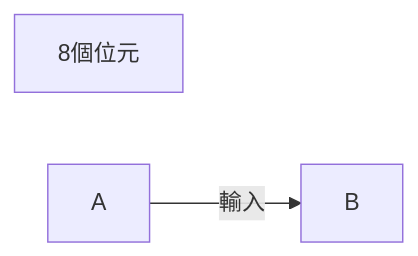
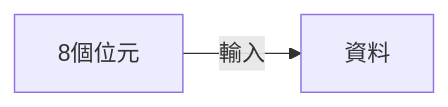
The second of 2 diagrams in 未處理/處理中/LENGTH.md (kuku0508/kuku_note_ver_2), drawn with Mermaid before and after one commit.

Commit message:
vault backup: 2025-08-05 01:15:30

````diff
--- a/未處理/處理中/LENGTH.md
+++ b/未處理/處理中/LENGTH.md
@@ -23,5 +23,6 @@
 ```mermaid
 flowchart LR
+A@{shape:square,label: "資料"}
 D@{shape:square,label: "8個位元"}
-A-->|輸入|B
+D-->|輸入|A
 ```
````
